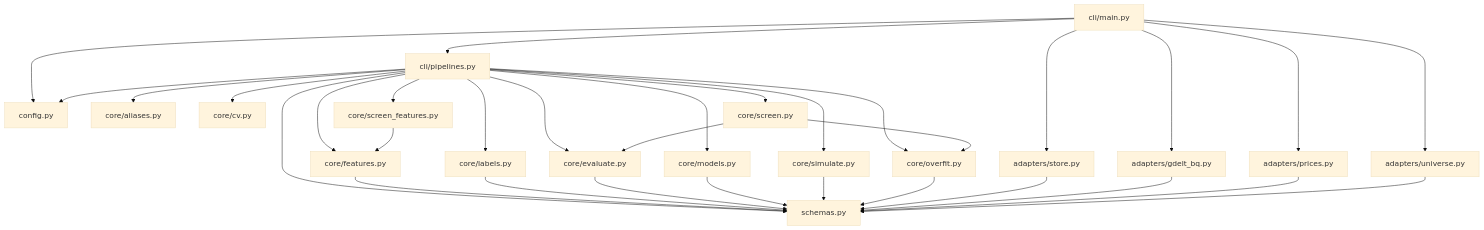
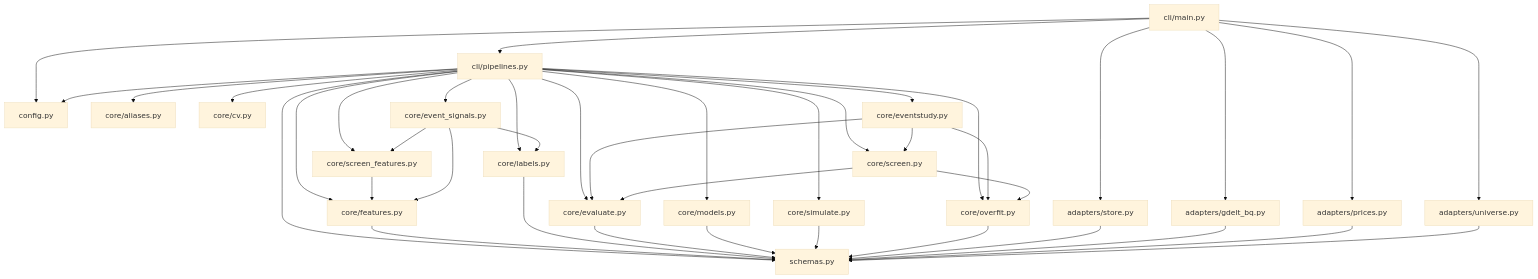
Before and after one commit to Boyao0305/eventtrade-gdelt: the first of 2 diagrams in docs/components/cli.md, drawn with Mermaid (base theme). The commit also changed other lines of this file and 10 other files, not shown here.

````diff
--- a/docs/components/cli.md
+++ b/docs/components/cli.md
@@ -3,34 +3,42 @@
 ```mermaid
 flowchart TD
     main[cli/main.py] --> pipelines[cli/pipelines.py]
     main --> store[adapters/store.py]
     main --> gdelt_bq[adapters/gdelt_bq.py]
     main --> prices[adapters/prices.py]
     main --> universe[adapters/universe.py]
     main --> config[config.py]
     pipelines --> config
     pipelines --> aliases[core/aliases.py]
     pipelines --> features[core/features.py]
     pipelines --> labels[core/labels.py]
     pipelines --> evaluate[core/evaluate.py]
     pipelines --> cv[core/cv.py]
     pipelines --> models[core/models.py]
     pipelines --> simulate[core/simulate.py]
     pipelines --> overfit[core/overfit.py]
     pipelines --> screen_features[core/screen_features.py]
     pipelines --> screen[core/screen.py]
+    pipelines --> event_signals[core/event_signals.py]
+    pipelines --> eventstudy[core/eventstudy.py]
     pipelines --> schemas[schemas.py]
     screen_features --> features
+    event_signals --> features
+    event_signals --> labels
+    event_signals --> screen_features
+    eventstudy --> evaluate
+    eventstudy --> overfit
+    eventstudy --> screen
     screen --> evaluate
     screen --> overfit
     features --> schemas
     labels --> schemas
     evaluate --> schemas
     models --> schemas
     simulate --> schemas
     overfit --> schemas
     store --> schemas
     gdelt_bq --> schemas
     prices --> schemas
     universe --> schemas
 ```
````
